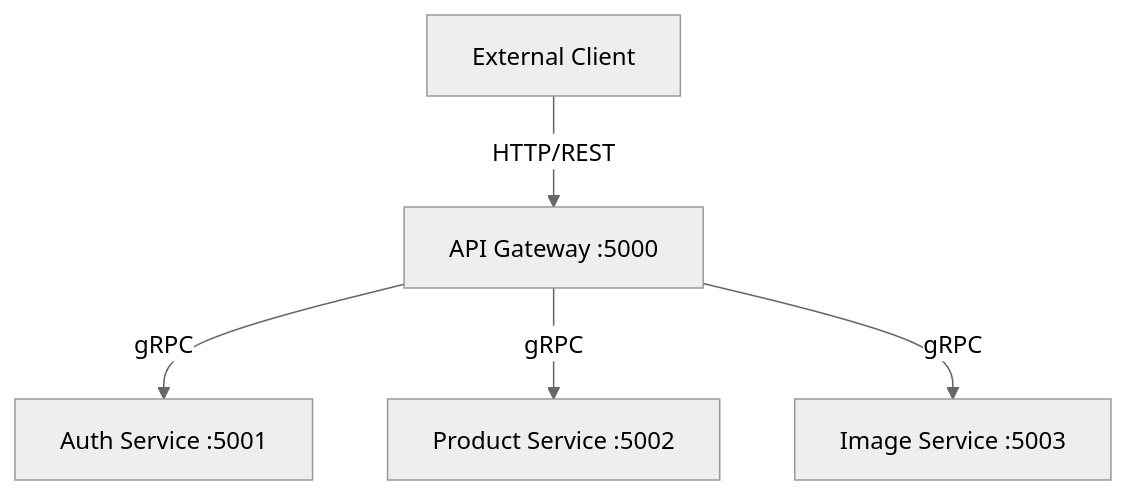
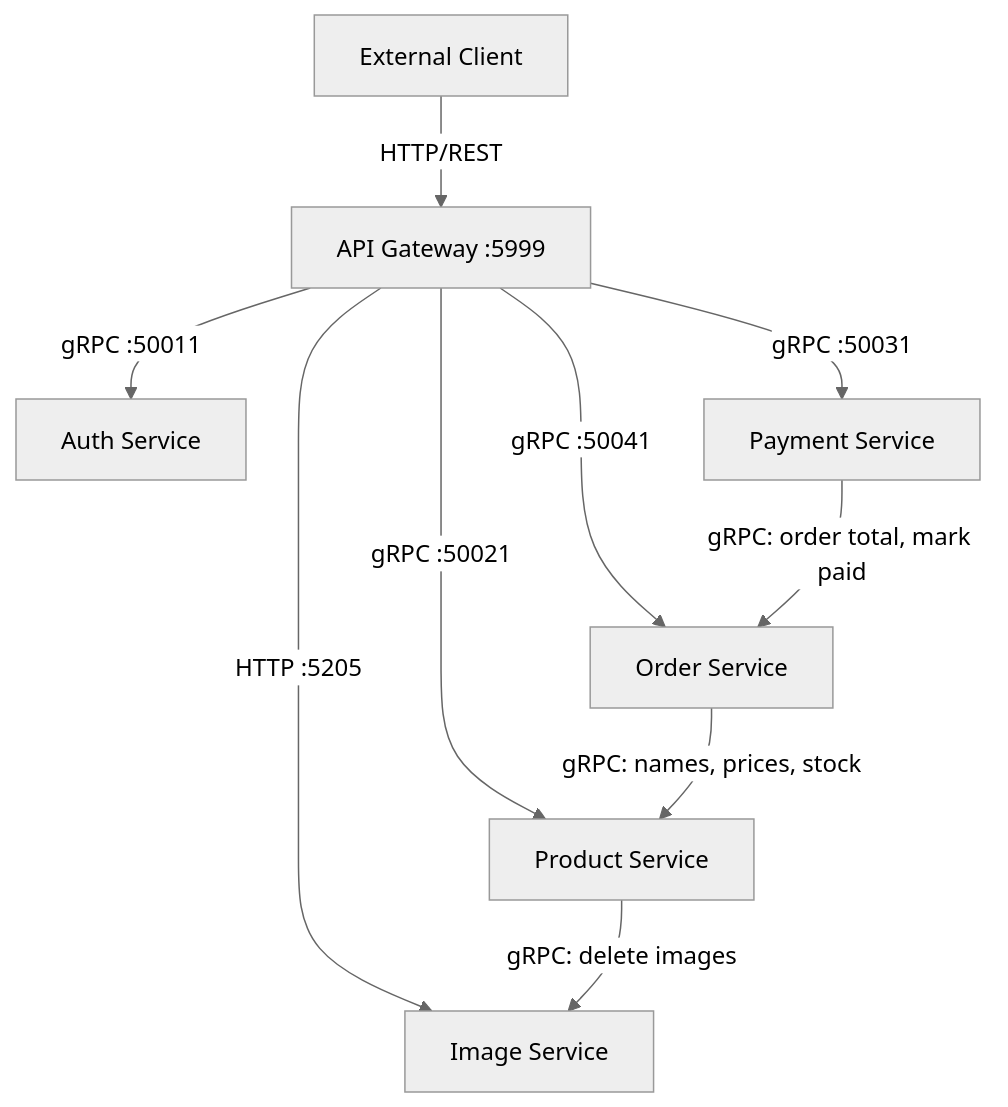
The diagram in README.md (arafat2020/dotnet-ecom-microservices), drawn with Mermaid (neutral theme) before and after one commit. The commit also changed other lines of this file and 74 other files, not shown here.

````diff
--- a/README.md
+++ b/README.md
@@ -9,7 +9,12 @@
 ```mermaid
 graph TD
-    Client[External Client] -->|HTTP/REST| Gateway[API Gateway :5000]
-    Gateway -->|gRPC| AuthSvc[Auth Service :5001]
-    Gateway -->|gRPC| ProductSvc[Product Service :5002]
-    Gateway -->|gRPC| ImageSvc[Image Service :5003]
+    Client[External Client] -->|HTTP/REST| Gateway[API Gateway :5999]
+    Gateway -->|gRPC :50011| AuthSvc[Auth Service]
+    Gateway -->|gRPC :50021| ProductSvc[Product Service]
+    Gateway -->|gRPC :50041| OrderSvc[Order Service]
+    Gateway -->|gRPC :50031| PaymentSvc[Payment Service]
+    Gateway -->|HTTP :5205| ImageSvc[Image Service]
+    OrderSvc -->|gRPC: names, prices, stock| ProductSvc
+    PaymentSvc -->|gRPC: order total, mark paid| OrderSvc
+    ProductSvc -->|gRPC: delete images| ImageSvc
 ```
````
